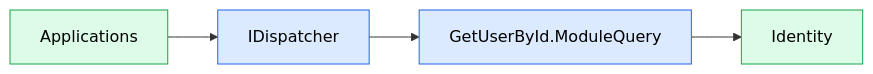
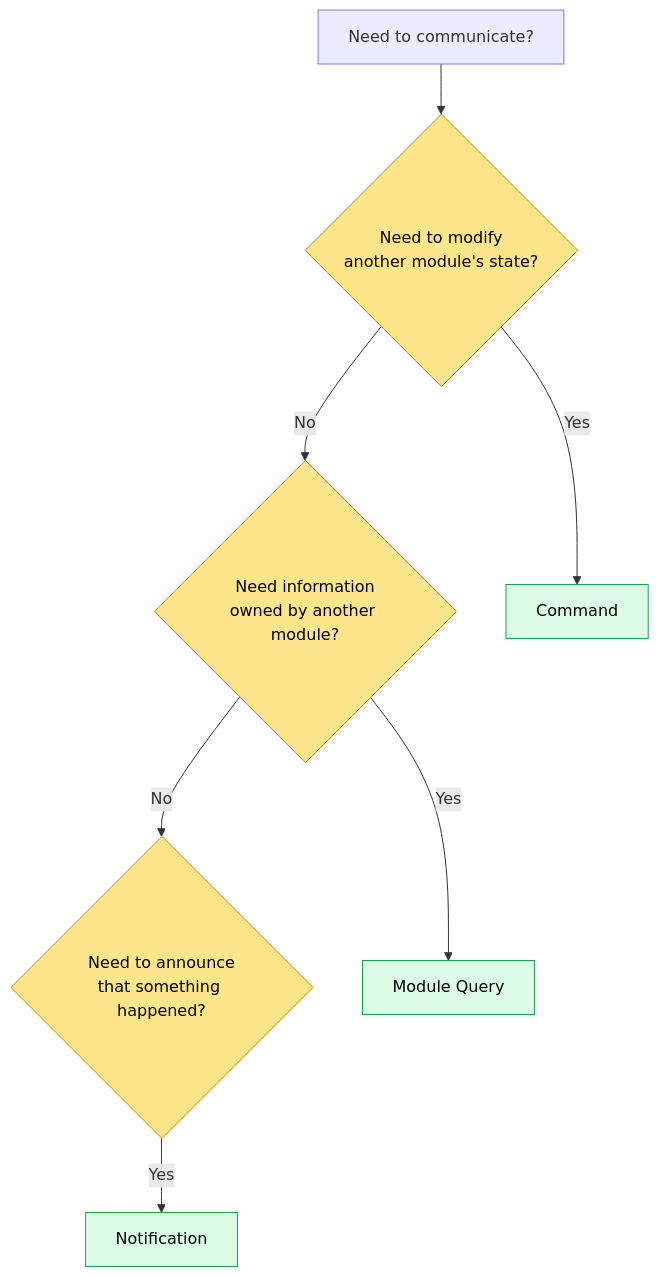
The second of 3 diagrams in docs/architecture/06-module-communication.md (soufiane-rizk/Jobwize), drawn with Mermaid before and after one commit. The commit also changed other lines of this file and 164 other files, not shown here.

First line of the commit message:
Establish Backend Architecture Foundation (#23)

````diff
--- a/docs/architecture/06-module-communication.md
+++ b/docs/architecture/06-module-communication.md
@@ -139,23 +160,35 @@
 ```mermaid
-flowchart LR
+flowchart TD
 
-    A["Applications"]
+    Start["Need to communicate?"]
 
-    D["IDispatcher"]
+    Modify{"Need to modify<br/>another module's state?"}
 
-    Q["GetUserById.ModuleQuery"]
+    Read{"Need information<br/>owned by another module?"}
 
-    I["Identity"]
+    Event{"Need to announce<br/>that something happened?"}
 
-    A --> D
+    Command["Command"]
 
-    D --> Q
+    Query["Module Query"]
 
-    Q --> I
+    Notification["Notification"]
 
-    classDef module fill:#dcfce7,stroke:#16a34a,color:#000;
-    classDef infrastructure fill:#dbeafe,stroke:#2563eb,color:#000;
+    Start --> Modify
 
-    class A,I module;
-    class D,Q infrastructure;
+    Modify -->|Yes| Command
+
+    Modify -->|No| Read
+
+    Read -->|Yes| Query
+
+    Read -->|No| Event
+
+    Event -->|Yes| Notification
+
+    classDef decision fill:#fde68a,stroke:#ca8a04,color:#000;
+    classDef action fill:#dcfce7,stroke:#16a34a,color:#000;
+
+    class Modify,Read,Event decision;
+    class Command,Query,Notification action;
 ```
````
